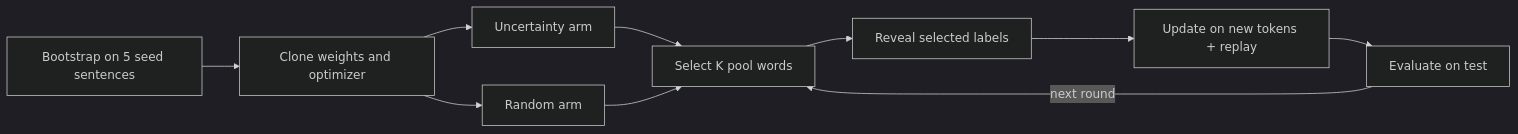
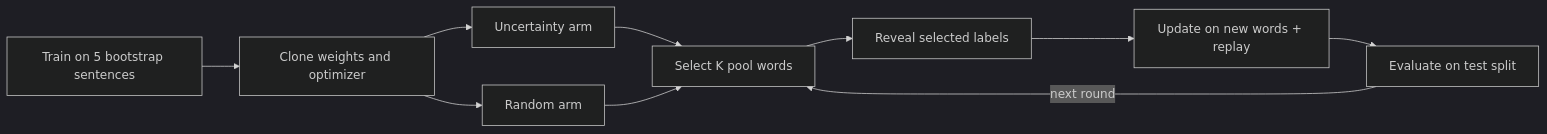
Before and after one commit to DogRog/uq-pet-token: the diagram in README.md, drawn with Mermaid (dark theme). The commit also changed other lines of this file, not shown here.

````diff
--- a/README.md
+++ b/README.md
@@ -76,12 +76,12 @@
 ```mermaid
 flowchart LR
-    A[Bootstrap on 5 seed sentences] --> B[Clone weights and optimizer]
+    A[Train on 5 bootstrap sentences] --> B[Clone weights and optimizer]
     B --> U[Uncertainty arm]
     B --> R[Random arm]
     U --> S[Select K pool words]
     R --> S
     S --> L[Reveal selected labels]
-    L --> T[Update on new tokens + replay]
-    T --> E[Evaluate on test]
+    L --> T[Update on new words + replay]
+    T --> E[Evaluate on test split]
     E -->|next round| S
 ```
````
